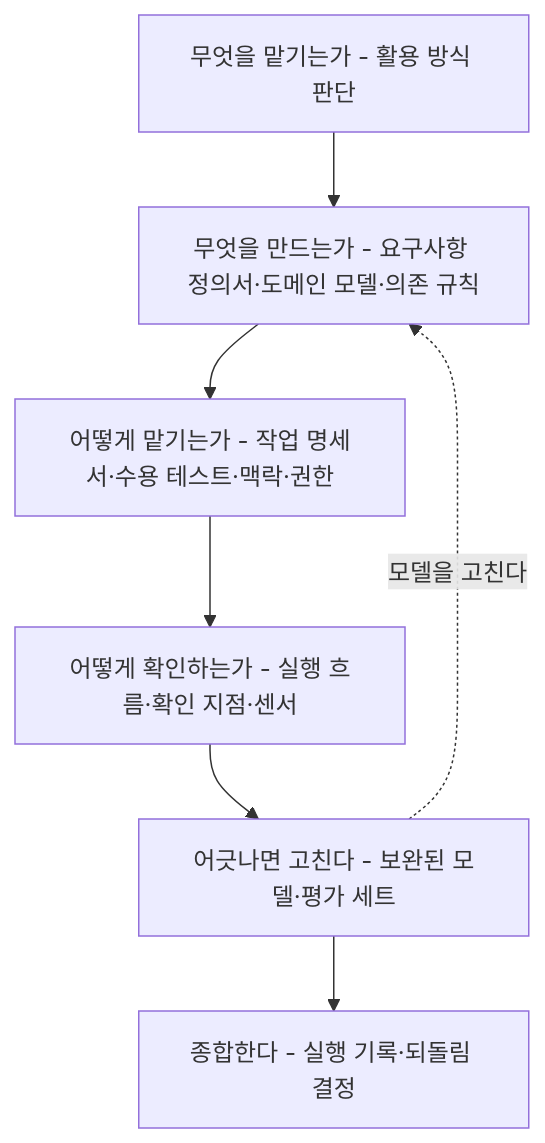
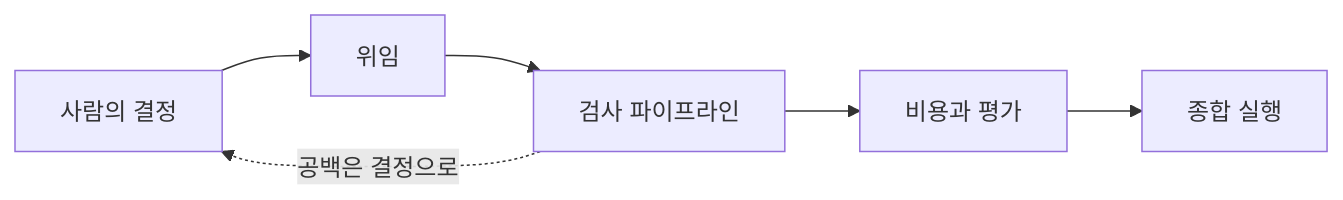
Before and after one commit to YoungSan77/TrainingMaterials: the sixth of 6 diagrams in courses/ai-native/sessions/s01.md, drawn with Mermaid. The commit also changed other lines of this file and 286 other files, not shown here.

````diff
--- a/courses/ai-native/sessions/s01.md
+++ b/courses/ai-native/sessions/s01.md
@@ -676,11 +431,5 @@
 ```mermaid
-flowchart TB
-    A["무엇을 맡기는가 - 활용 방식 판단"]
-    B["무엇을 만드는가 - 요구사항 정의서·도메인 모델·의존 규칙"]
-    C["어떻게 맡기는가 - 작업 명세서·수용 테스트·맥락·권한"]
-    D["어떻게 확인하는가 - 실행 흐름·확인 지점·센서"]
-    E["어긋나면 고친다 - 보완된 모델·평가 세트"]
-    F["종합한다 - 실행 기록·되돌림 결정"]
-    A --> B --> C --> D --> E --> F
-    E -. 모델을 고친다 .-> B
+flowchart LR
+    A["사람의 결정"] --> B["위임"] --> C["검사 파이프라인"] --> D["비용과 평가"] --> E["종합 실행"]
+    C -. 공백은 결정으로 .-> A
 ```
````
